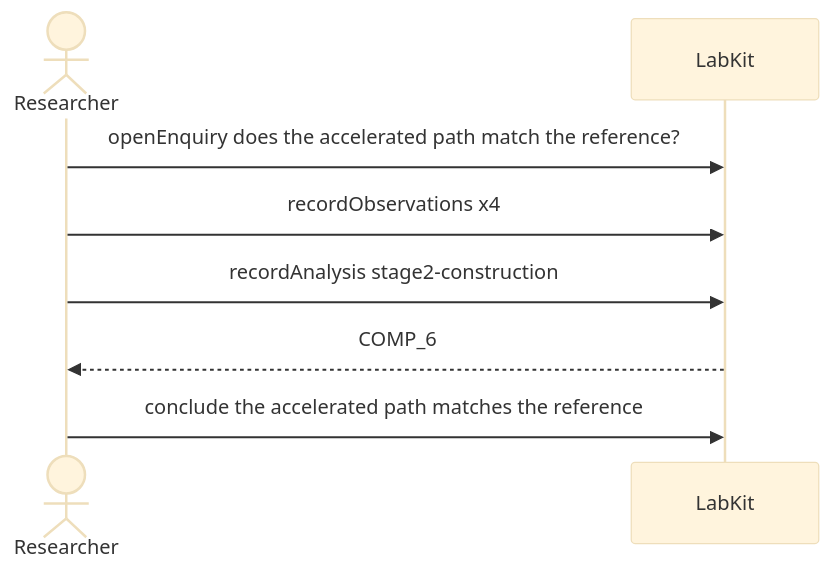
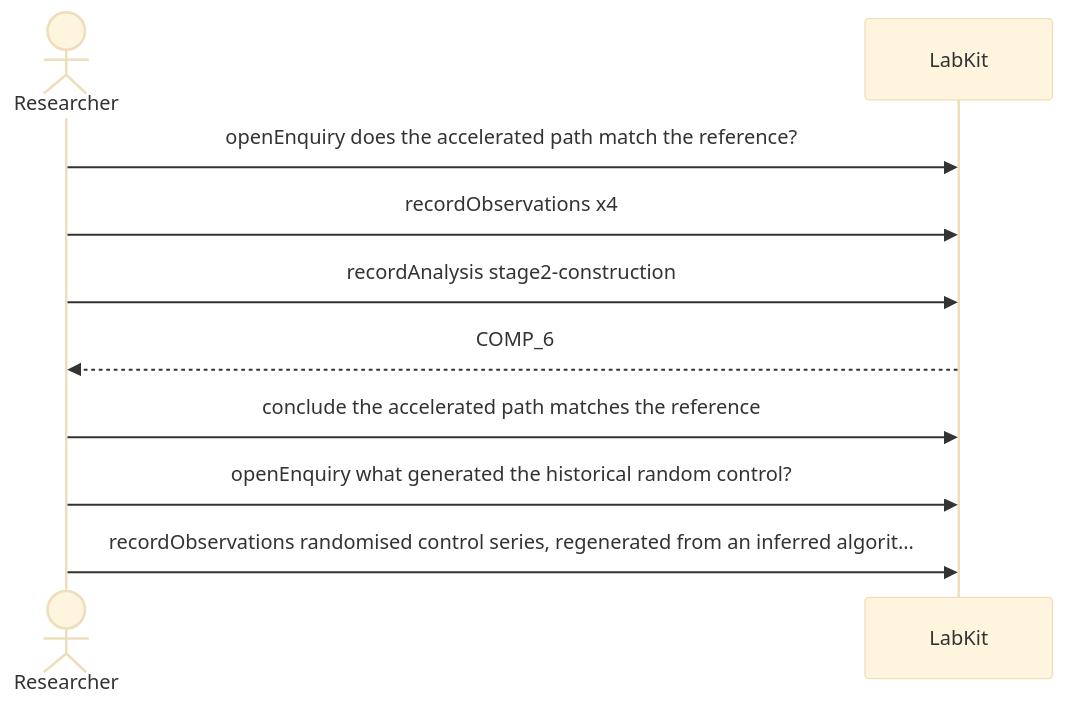
One commit to danbarua/labkit changed the diagram in docs/scenarios/S-9.md. Above: the diagram before and after it, drawn with Mermaid (base theme). The commit also changed other lines of this file and 99 other files, not shown here.

````diff
--- a/docs/scenarios/S-9.md
+++ b/docs/scenarios/S-9.md
@@ -7,10 +7,12 @@
 ```mermaid
 sequenceDiagram
     actor Researcher
     participant R as LabKit
     Researcher->>R: openEnquiry does the accelerated path match the reference?
     Researcher->>R: recordObservations x4
     Researcher->>R: recordAnalysis stage2-construction
     R-->>Researcher: COMP_6
     Researcher->>R: conclude the accelerated path matches the reference
+    Researcher->>R: openEnquiry what generated the historical random control?
+    Researcher->>R: recordObservations randomised control series, regenerated from an inferred algorit…
 ```
````
